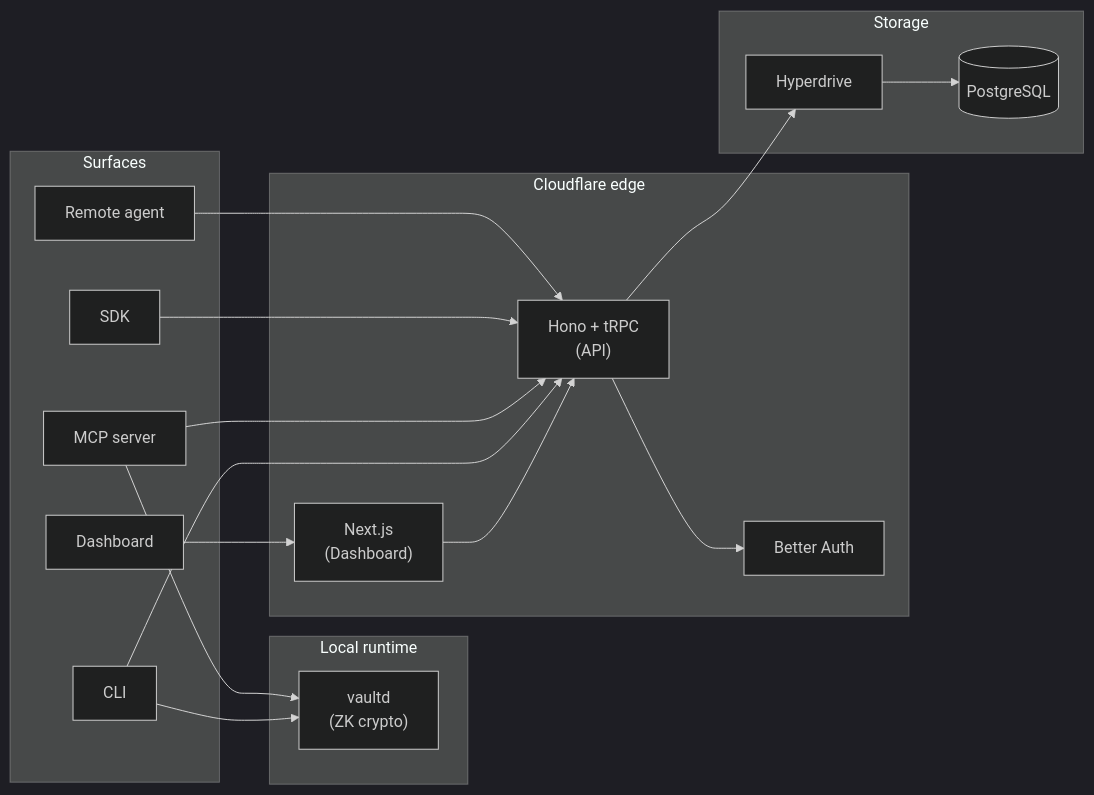
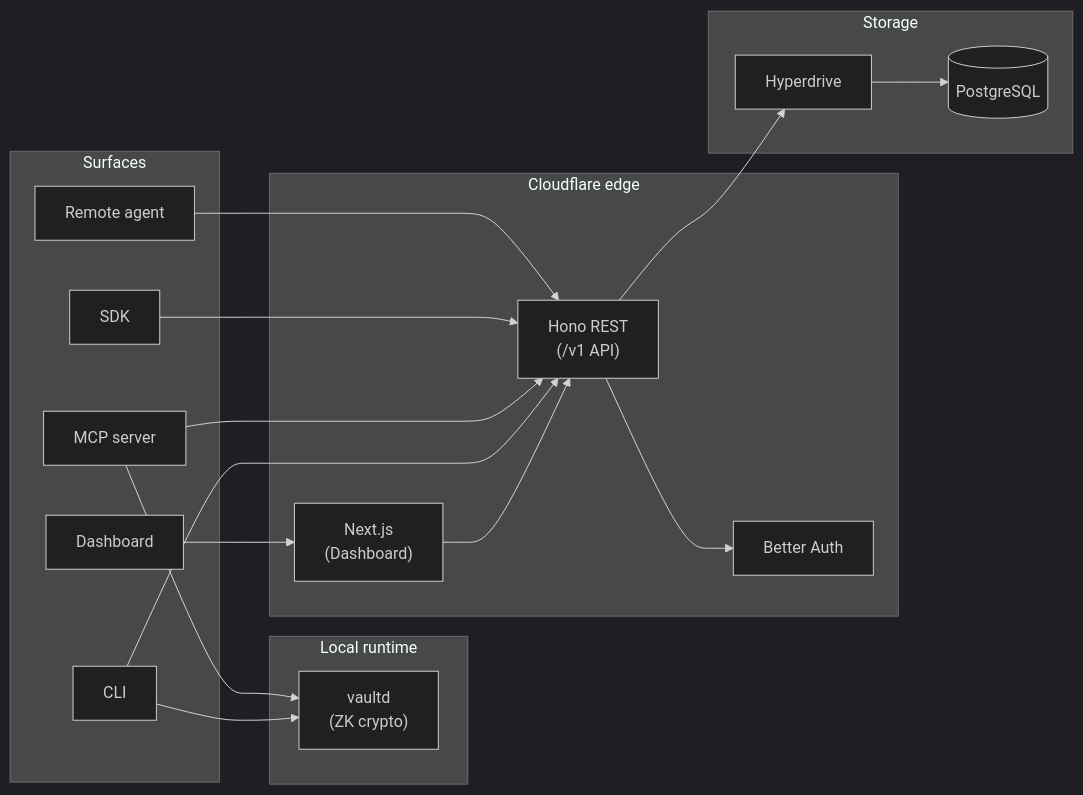
The first of 15 diagrams in apps/docs/workflows/flows.mdx (punitarani/abadge), drawn with Mermaid (dark theme) before and after one commit. The commit also changed 63 other files, not shown here.

First line of the commit message:
docs(api): revamp API reference around the public REST API, remove tRPC (#196)

````diff
--- a/apps/docs/workflows/flows.mdx
+++ b/apps/docs/workflows/flows.mdx
@@ -10,35 +10,35 @@
 ```mermaid
 flowchart LR
   subgraph Clients["Surfaces"]
     Browser["Dashboard"]
     CLI["CLI"]
     MCP["MCP server"]
     SDK["SDK"]
     Remote["Remote agent"]
   end
 
   subgraph Local["Local runtime"]
     Daemon["vaultd<br/>(ZK crypto)"]
   end
 
   subgraph Edge["Cloudflare edge"]
     Web["Next.js<br/>(Dashboard)"]
-    API["Hono + tRPC<br/>(API)"]
+    API["Hono REST<br/>(/v1 API)"]
     Auth["Better Auth"]
   end
 
   subgraph Data["Storage"]
     HD["Hyperdrive"]
     DB[(PostgreSQL)]
   end
 
   Browser --> Web --> API
   CLI --> API
   CLI --> Daemon
   MCP --> API
   MCP --> Daemon
   SDK --> API
   Remote --> API
   API --> Auth
   API --> HD --> DB
 ```
````
